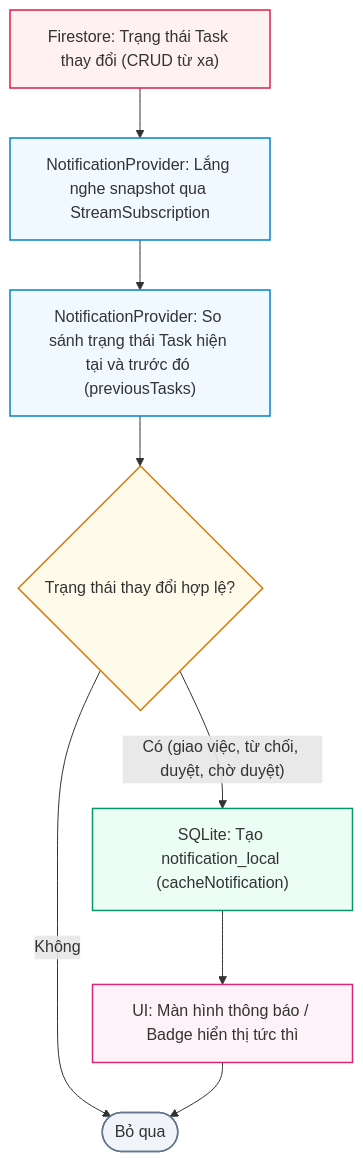
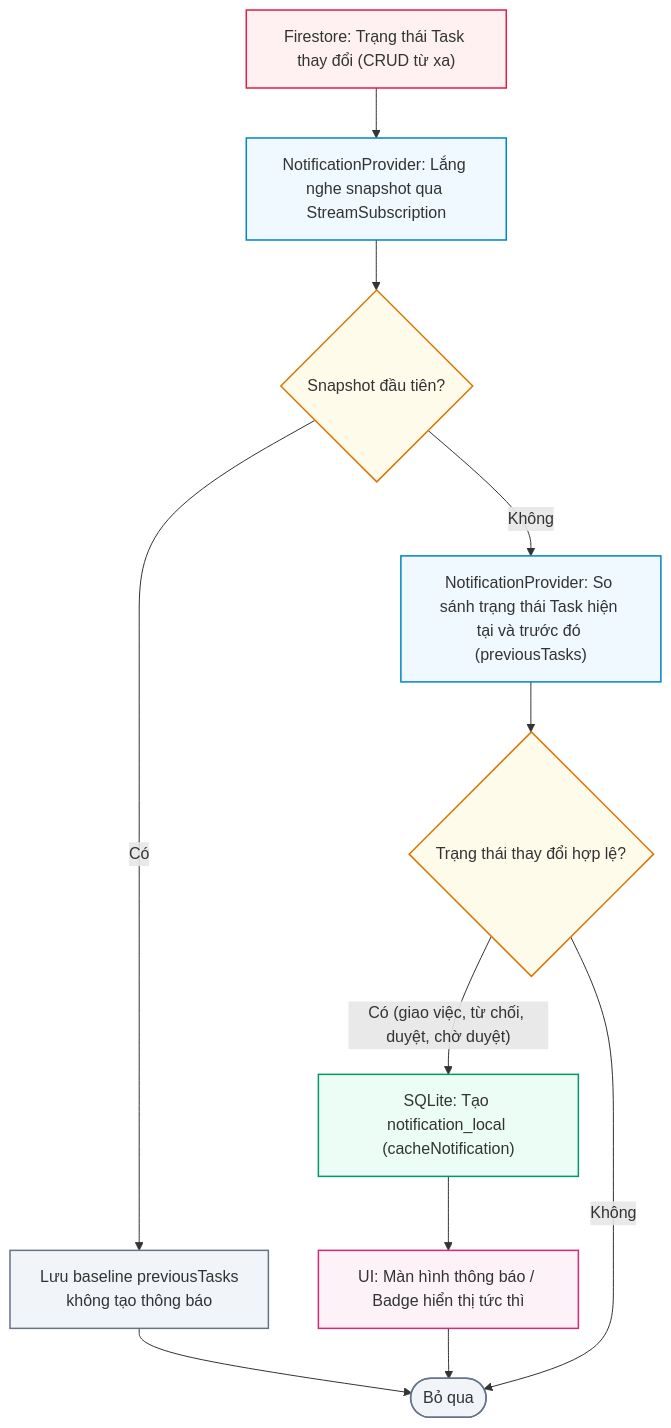
One commit to ttt-huong/TaskFlow_Huong_Thuong_Cuong_N03_1_2026 changed the seventh of 12 diagrams in docs/TaskFlow_Diagrams.md. Above: the diagram before and after it, drawn with Mermaid. The commit also changed other lines of this file, not shown here.

Commit message:
docs: add ERD SQLite, ERD Firestore, Data Dictionary, and Offline Sync diagrams

````diff
--- a/docs/TaskFlow_Diagrams.md
+++ b/docs/TaskFlow_Diagrams.md
@@ -297,18 +315,23 @@
 ```mermaid
 flowchart TD
     Step1["Firestore: Trạng thái Task thay đổi (CRUD từ xa)"] --> Step2["NotificationProvider: Lắng nghe snapshot qua StreamSubscription"]
-    Step2 --> Step3["NotificationProvider: So sánh trạng thái Task hiện tại và trước đó (previousTasks)"]
+    Step2 --> StepBase{"Snapshot đầu tiên?"}
+    StepBase -- "Có" --> StepBaseSave["Lưu baseline previousTasks<br>không tạo thông báo"]
+    StepBase -- "Không" --> Step3["NotificationProvider: So sánh trạng thái Task hiện tại và trước đó (previousTasks)"]
     Step3 --> Step4{"Trạng thái thay đổi hợp lệ?"}
     Step4 -- "Có (giao việc, từ chối, duyệt, chờ duyệt)" --> Step5["SQLite: Tạo notification_local (cacheNotification)"]
     Step4 -- "Không" --> StepDone([Bỏ qua])
     Step5 --> Step6["UI: Màn hình thông báo / Badge hiển thị tức thì"]
+    StepBaseSave --> StepDone
     Step6 --> StepDone
 
     style Step1 fill:#fff1f2,stroke:#e11d48,stroke-width:1.5px
     style Step2 fill:#f0f9ff,stroke:#0284c7,stroke-width:1.5px
+    style StepBase fill:#fffbeb,stroke:#d97706,stroke-width:1.5px
+    style StepBaseSave fill:#f1f5f9,stroke:#64748b,stroke-width:1.5px
     style Step3 fill:#f0f9ff,stroke:#0284c7,stroke-width:1.5px
     style Step4 fill:#fffbeb,stroke:#d97706,stroke-width:1.5px
     style Step5 fill:#ecfdf5,stroke:#059669,stroke-width:1.5px
     style Step6 fill:#fdf2f8,stroke:#db2777,stroke-width:1.5px
     style StepDone fill:#f1f5f9,stroke:#64748b,stroke-width:1.5px
 ```
````
